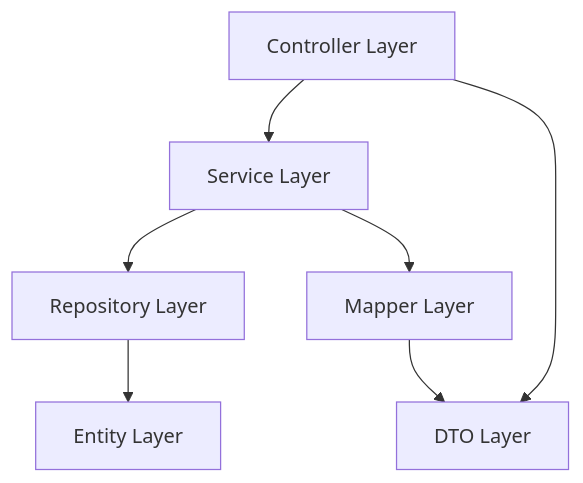
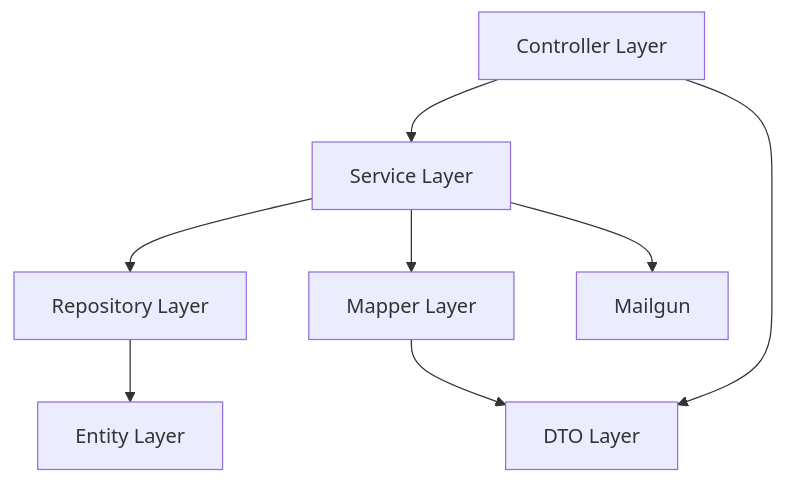
The second of 4 diagrams in README_IDATT2105_Semesterprosjekt2025.md (ntnu-blackandbrown/clozet), drawn with Mermaid before and after one commit. The commit also changed other lines of this file and 2 other files, not shown here.

Commit message:
addition of database diagram

````diff
--- a/README_IDATT2105_Semesterprosjekt2025.md
+++ b/README_IDATT2105_Semesterprosjekt2025.md
@@ -248,9 +260,10 @@
 ```mermaid
 graph TB
     Controller[Controller Layer] --> Service[Service Layer]
     Service --> Repository[Repository Layer]
     Service --> Mapper[Mapper Layer]
     Repository --> Entity[Entity Layer]
     Mapper --> DTO[DTO Layer]
     Controller --> DTO
+    Service --> Email[Mailgun]
 ```
````
